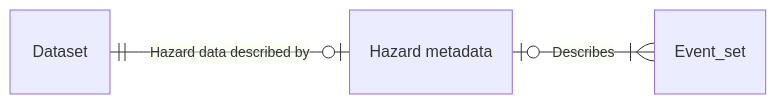
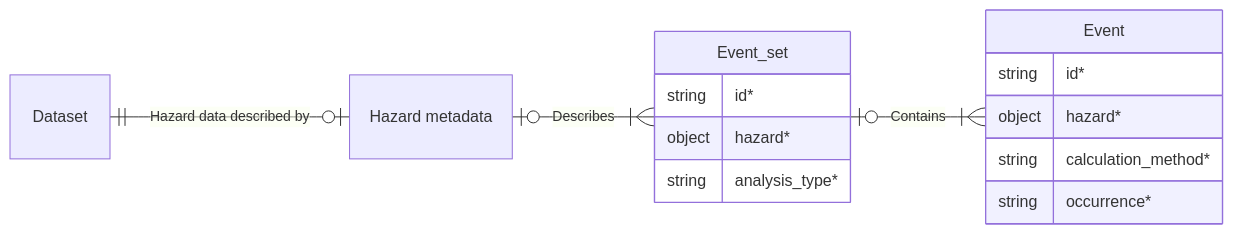
One commit to GFDRR/rdl-standard changed the first of 3 diagrams in docs/reference/schema/hazard.md. Above: the diagram before and after it, drawn with Mermaid. The commit also changed other lines of this file and 5 other files, not shown here.

Commit message:
Update schema references and diagrams; bump schema version ref to 1_0_0 in index

````diff
--- a/docs/reference/schema/hazard.md
+++ b/docs/reference/schema/hazard.md
@@ -24,7 +24,21 @@
 ```{mermaid}
     erDiagram
         Direction LR
 
+        Event_set {
+            string id*
+            object hazard*
+            string analysis_type*
+        }
+
+        Event {
+            string id*
+            object hazard*
+            string calculation_method*
+            string occurrence*
+        }    
+
         Dataset ||--o| "Hazard metadata": "Hazard data described by"
         "Hazard metadata" o|--|{ Event_set: "Describes"
+        Event_set o|--|{ "Event": "Contains"
 ```
````
